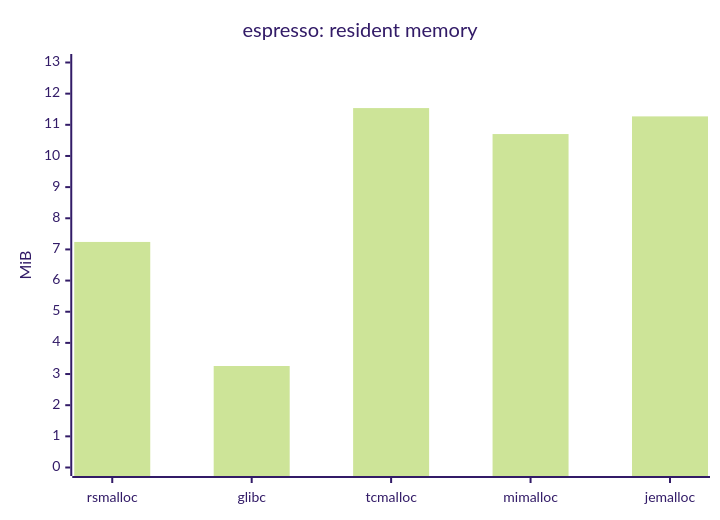
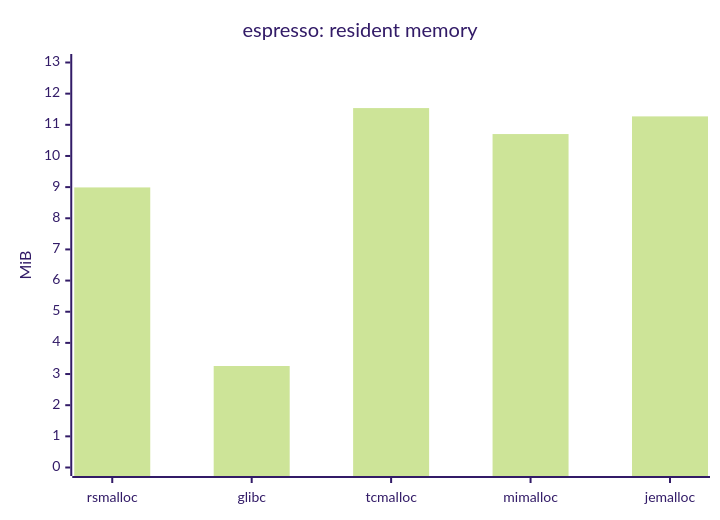
Before and after one commit to Metehan120/rsmalloc: the fourth of 42 diagrams in benchmarks/benchmarks_detailed.md, drawn with Mermaid (forest theme). The commit also changed other lines of this file and 2 other files, not shown here.

````diff
--- a/benchmarks/benchmarks_detailed.md
+++ b/benchmarks/benchmarks_detailed.md
@@ -103,7 +103,7 @@
 ```mermaid
 xychart-beta
     title "espresso: resident memory"
     x-axis [rsmalloc, glibc, tcmalloc, mimalloc, jemalloc]
     y-axis "MiB" 0 --> 13
-    bar [7.24, 3.258, 11.537, 10.703, 11.27]
+    bar [8.99, 3.258, 11.537, 10.703, 11.27]
 ```
````
